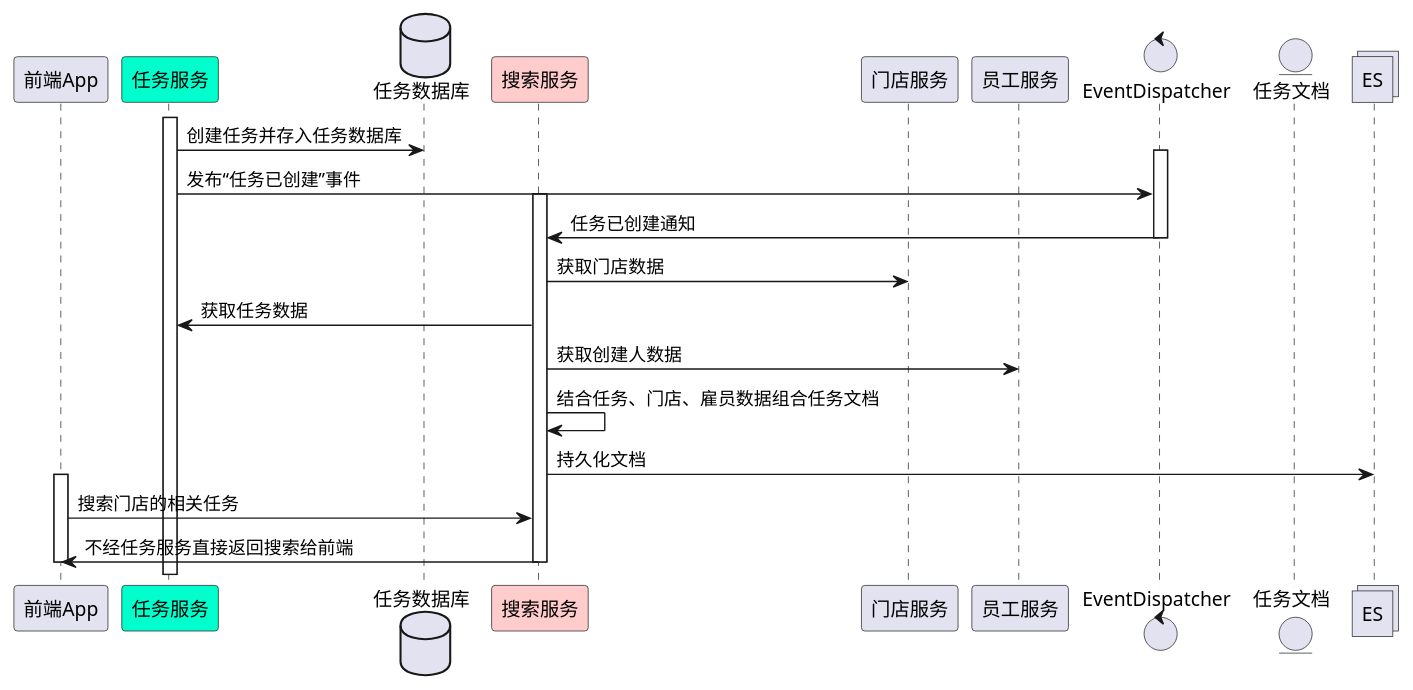
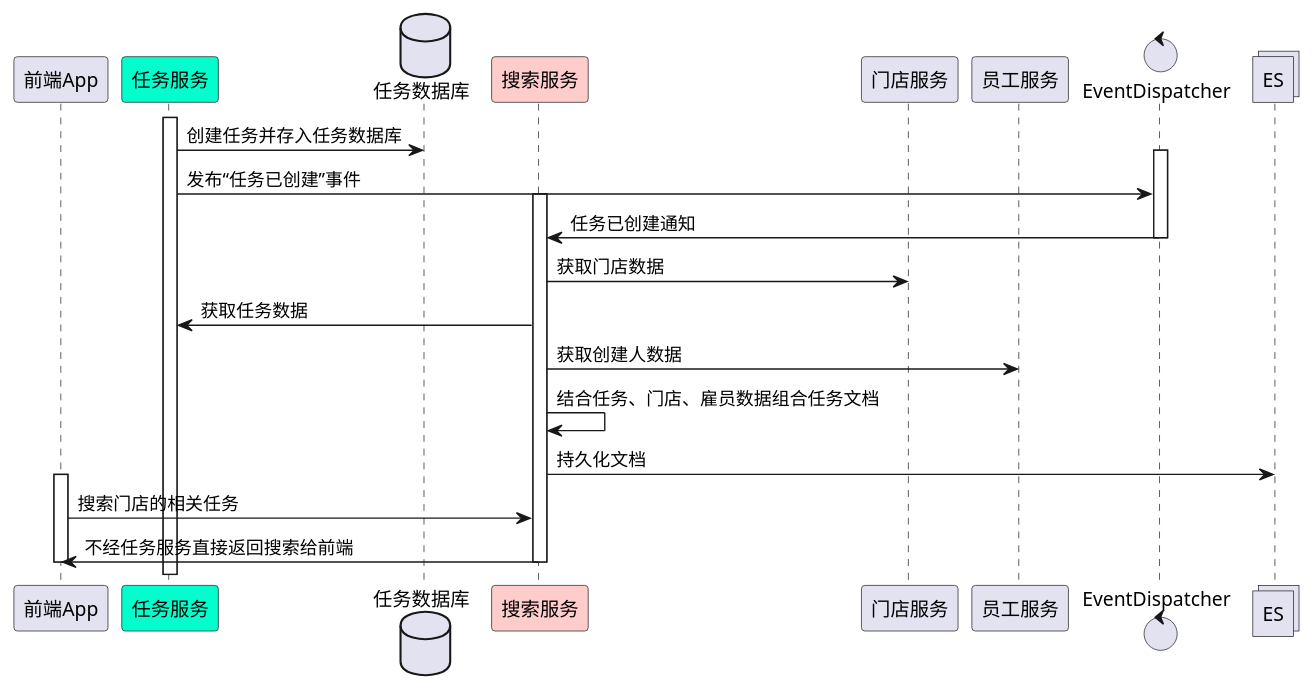
One commit to nimysan/vluee-cloud changed the diagram in doc/uml/search service/Domain-ES document sync.puml. Above: the diagram before and after it, drawn with PlantUML. The commit also changed 4 other files, not shown here.

```diff
--- a/doc/uml/search service/Domain-ES document sync.puml
+++ b/doc/uml/search service/Domain-ES document sync.puml
@@ -1,40 +1,42 @@
 @startuml
+'skinparam handwritten true
+
 participant 门店服务 as ShopService order 10
 participant 员工服务 as EmployeeService order 11
 participant 任务服务 as TaskService order 3 #0Fc
 participant 搜索服务 as SearchService order 5 #Fcc
 participant 前端App  as web order 1
 
 'actor       actor       as Foo1
 'boundary    boundary    as Foo2
 control     EventDispatcher     as EventDispatcher order 15
-entity      任务文档     as TaskDocument order 16
+'entity      任务文档     as TaskDocument order 16
 database    任务数据库    as TaskDatabase order 4
 collections ES as 搜索文档库ES order 18
 'queue       Kafka       as Foo7
 
 activate TaskService
 TaskService -> TaskDatabase : 创建任务并存入任务数据库
 
 activate EventDispatcher
 
 TaskService -> EventDispatcher : 发布“任务已创建”事件
 
 activate SearchService
 EventDispatcher -> SearchService : 任务已创建通知
 deactivate EventDispatcher
 SearchService -> ShopService : 获取门店数据
 SearchService -> TaskService : 获取任务数据
 SearchService -> EmployeeService : 获取创建人数据
 SearchService -> SearchService : 结合任务、门店、雇员数据组合任务文档
 SearchService -> 搜索文档库ES : 持久化文档
 
 
 activate web
 
 web -> SearchService : 搜索门店的相关任务
 SearchService -> web : 不经任务服务直接返回搜索给前端
 deactivate web
 deactivate SearchService
 
 @enduml
```
